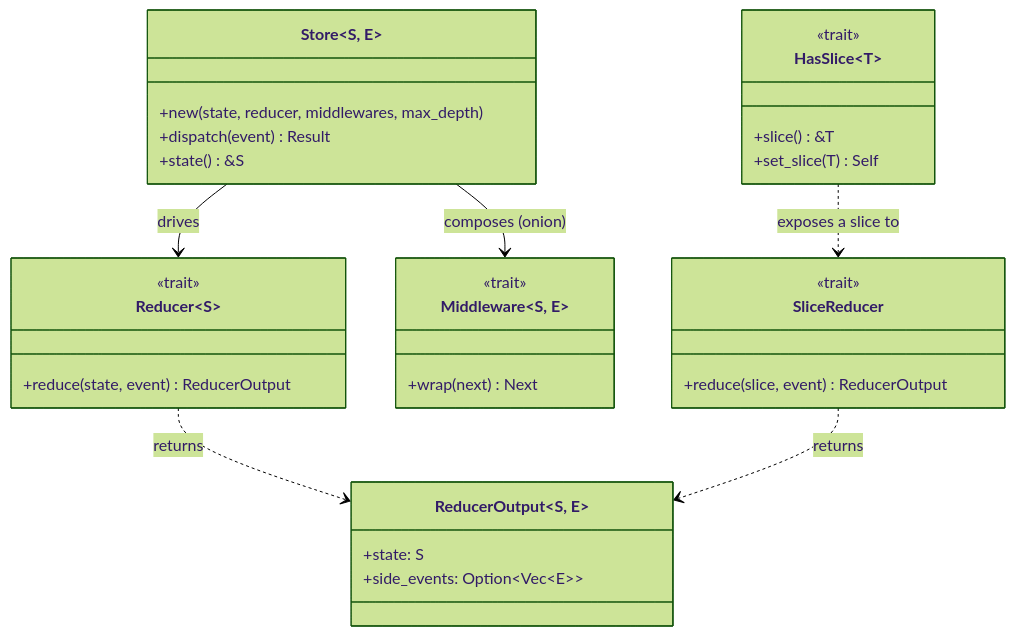
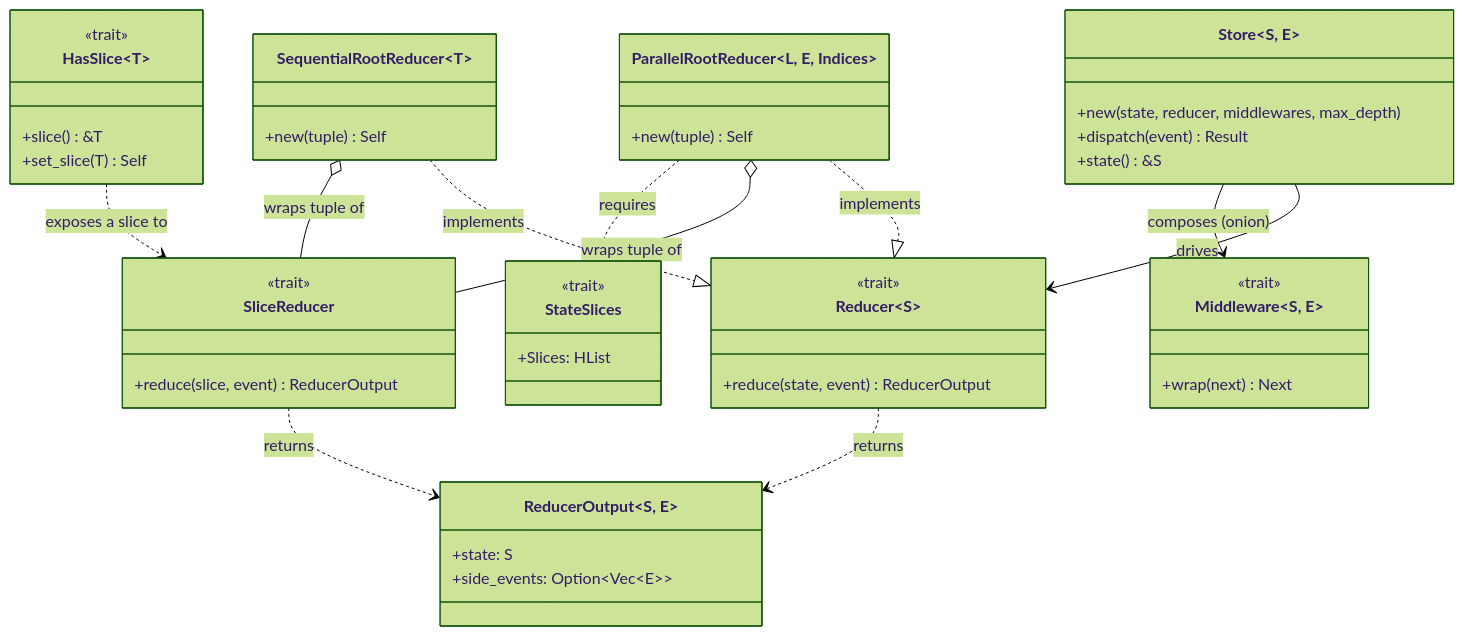
The diagram in README.md (corentin-core/ruxe), drawn with Mermaid (forest theme) before and after one commit. The commit also changed other lines of this file, not shown here.

First line of the commit message:
docs: update README with new root reducer APIs and design diagram

````diff
--- a/README.md
+++ b/README.md
@@ -60,35 +112,50 @@
 ```mermaid
 classDiagram
     class Store~S, E~ {
         +new(state, reducer, middlewares, max_depth)
         +dispatch(event) Result
         +state() &S
     }
     class Reducer~S~ {
         <<trait>>
         +reduce(state, event) ReducerOutput
     }
     class SliceReducer {
         <<trait>>
         +reduce(slice, event) ReducerOutput
     }
     class HasSlice~T~ {
         <<trait>>
         +slice() &T
         +set_slice(T) Self
     }
+    class StateSlices {
+        <<trait>>
+        +Slices: HList
+    }
+    class SequentialRootReducer~T~ {
+        +new(tuple) Self
+    }
+    class ParallelRootReducer~L, E, Indices~ {
+        +new(tuple) Self
+    }
     class ReducerOutput~S, E~ {
         +state: S
         +side_events: Option~Vec~E~~
     }
     class Middleware~S, E~ {
         <<trait>>
         +wrap(next) Next
     }
 
     Store --> Reducer : drives
     Store --> Middleware : composes (onion)
     Reducer ..> ReducerOutput : returns
     SliceReducer ..> ReducerOutput : returns
     HasSlice ..> SliceReducer : exposes a slice to
+    SequentialRootReducer ..|> Reducer : implements
+    ParallelRootReducer ..|> Reducer : implements
+    SequentialRootReducer o-- SliceReducer : wraps tuple of
+    ParallelRootReducer o-- SliceReducer : wraps tuple of
+    ParallelRootReducer ..> StateSlices : requires
 ```
````
